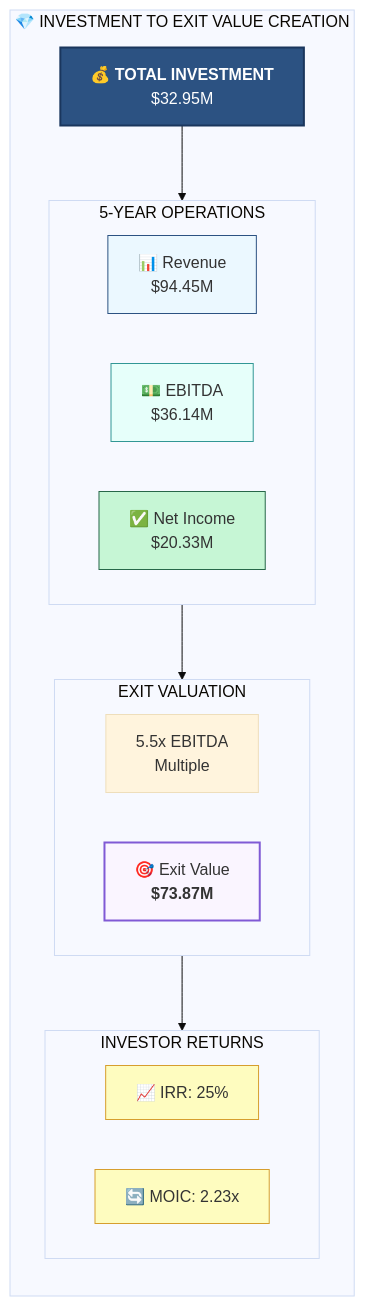
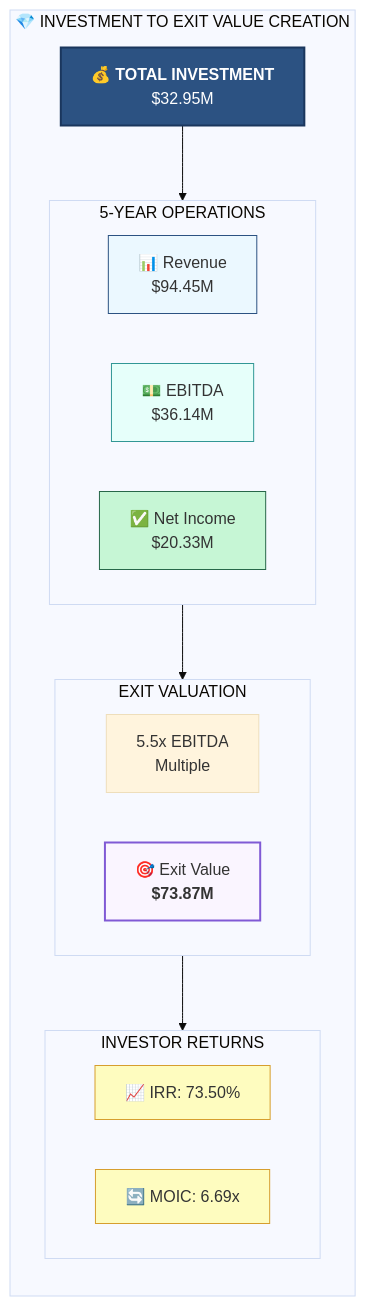
One commit to Light-Brands/epic-center changed diagram 11 of 41 in docs/pitch-packet/AI_VALUATION_REPORT_VISUAL.md. Above: the diagram before and after it, drawn with Mermaid. The commit also changed other lines of this file and 54 other files, not shown here.

````diff
--- a/docs/pitch-packet/AI_VALUATION_REPORT_VISUAL.md
+++ b/docs/pitch-packet/AI_VALUATION_REPORT_VISUAL.md
@@ -489,41 +489,41 @@
 ```mermaid
 %%{init: {'theme': 'base'}}%%
 flowchart TB
     subgraph RETURNS["💎 INVESTMENT TO EXIT VALUE CREATION"]
         direction TB
 
         INV["💰 <b>TOTAL INVESTMENT</b><br/>$32.95M"]
 
         subgraph OPS["5-YEAR OPERATIONS"]
             direction LR
             REV["📊 Revenue<br/>$94.45M"]
             EBITDA["💵 EBITDA<br/>$36.14M"]
             NI["✅ Net Income<br/>$20.33M"]
         end
 
         INV --> OPS
 
         subgraph EXIT["EXIT VALUATION"]
             direction LR
             MULT["5.5x EBITDA<br/>Multiple"]
             EV["🎯 Exit Value<br/><b>$73.87M</b>"]
         end
 
         OPS --> EXIT
 
         subgraph INVESTOR["INVESTOR RETURNS"]
-            IRR["📈 IRR: 25%"]
-            MOIC["🔄 MOIC: 2.23x"]
+            IRR["📈 IRR: 73.50%"]
+            MOIC["🔄 MOIC: 6.69x"]
         end
 
         EXIT --> INVESTOR
     end
 
     style INV fill:#2c5282,stroke:#1a365d,stroke-width:2px,color:#fff
     style REV fill:#ebf8ff,stroke:#2c5282
     style EBITDA fill:#e6fffa,stroke:#319795
     style NI fill:#c6f6d5,stroke:#276749
     style EV fill:#faf5ff,stroke:#805ad5,stroke-width:2px
     style IRR fill:#fefcbf,stroke:#d69e2e
     style MOIC fill:#fefcbf,stroke:#d69e2e
 ```
````
